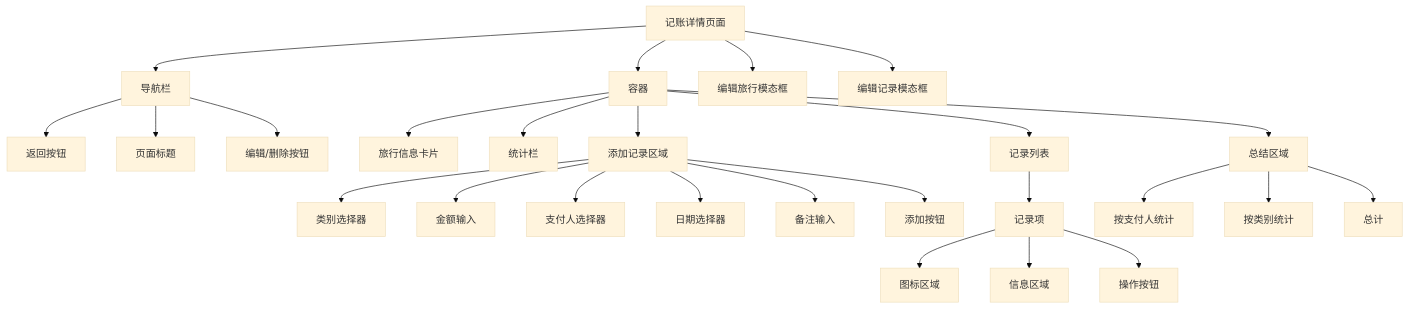
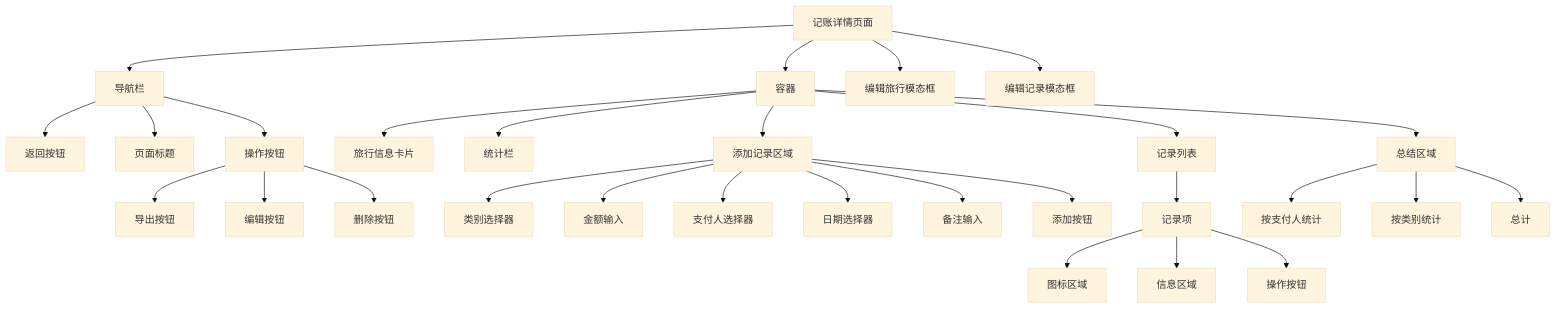
Before and after one commit to louyinmin/recorded: the tenth of 17 diagrams in .qoder/repowiki/zh/content/前端页面详解/前端页面详解.md, drawn with Mermaid (base theme). The commit also changed other lines of this file and 6 other files, not shown here.

````diff
--- a/.qoder/repowiki/zh/content/前端页面详解/前端页面详解.md
+++ b/.qoder/repowiki/zh/content/前端页面详解/前端页面详解.md
@@ -369,28 +401,31 @@
 ```mermaid
 flowchart TD
 A[记账详情页面] --> B[导航栏]
 B --> C[返回按钮]
 B --> D[页面标题]
-B --> E[编辑/删除按钮]
-A --> F[容器]
-F --> G[旅行信息卡片]
-F --> H[统计栏]
-F --> I[添加记录区域]
-I --> J[类别选择器]
-I --> K[金额输入]
-I --> L[支付人选择器]
-I --> M[日期选择器]
-I --> N[备注输入]
-I --> O[添加按钮]
-F --> P[记录列表]
-P --> Q[记录项]
-Q --> R[图标区域]
-Q --> S[信息区域]
-Q --> T[操作按钮]
-F --> U[总结区域]
-U --> V[按支付人统计]
-U --> W[按类别统计]
-U --> X[总计]
-A --> Y[编辑旅行模态框]
-A --> Z[编辑记录模态框]
+B --> E[操作按钮]
+E --> F[导出按钮]
+E --> G[编辑按钮]
+E --> H[删除按钮]
+A --> I[容器]
+I --> J[旅行信息卡片]
+I --> K[统计栏]
+I --> L[添加记录区域]
+L --> M[类别选择器]
+L --> N[金额输入]
+L --> O[支付人选择器]
+L --> P[日期选择器]
+L --> Q[备注输入]
+L --> R[添加按钮]
+I --> S[记录列表]
+S --> T[记录项]
+T --> U[图标区域]
+T --> V[信息区域]
+T --> W[操作按钮]
+I --> X[总结区域]
+X --> Y[按支付人统计]
+X --> Z[按类别统计]
+X --> AA[总计]
+A --> AB[编辑旅行模态框]
+A --> AC[编辑记录模态框]
 ```
````
